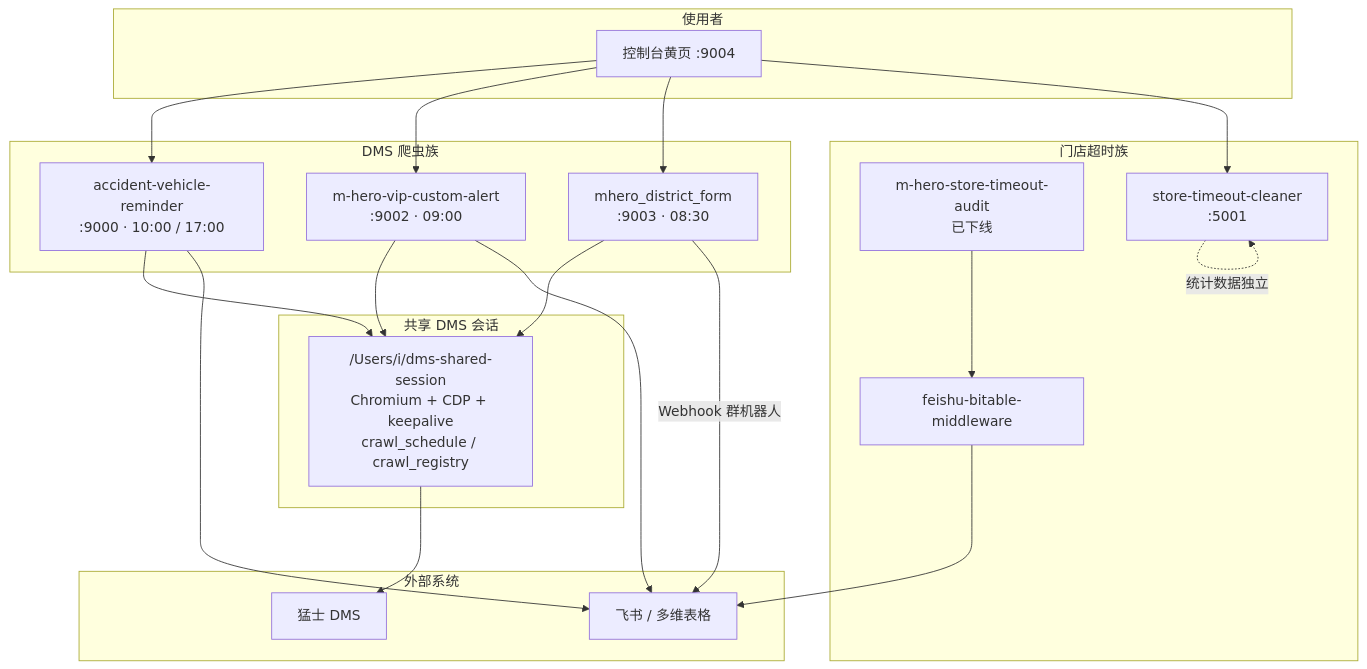
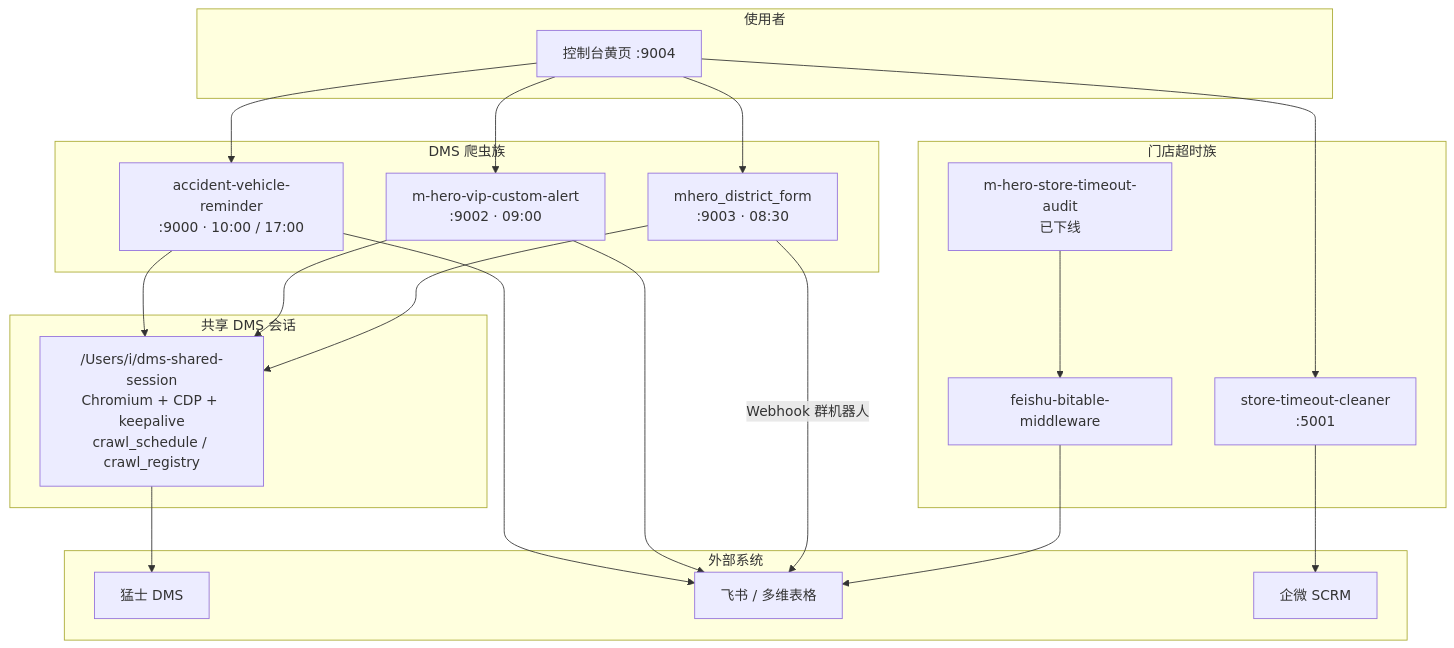
One commit to kaisonlau8/m-hero changed the diagram in README.md. Above: the diagram before and after it, drawn with Mermaid. The commit also changed other lines of this file and 3 other files, not shown here.

````diff
--- a/README.md
+++ b/README.md
@@ -44,35 +44,36 @@
 ```mermaid
 flowchart TB
   subgraph users [使用者]
     OA[控制台黄页 :9004]
   end
 
   subgraph dms_shared [共享 DMS 会话]
     SES["/Users/i/dms-shared-session\nChromium + CDP + keepalive\ncrawl_schedule / crawl_registry"]
   end
 
   subgraph crawlers [DMS 爬虫族]
     ACC[accident-vehicle-reminder\n:9000 · 10:00 / 17:00]
     VIP[m-hero-vip-custom-alert\n:9002 · 09:00]
     DIST[mhero_district_form\n:9003 · 08:30]
   end
 
   subgraph timeout [门店超时族]
     AUDIT[m-hero-store-timeout-audit\n已下线]
     CLEAN[store-timeout-cleaner\n:5001]
     MID[feishu-bitable-middleware]
   end
 
   subgraph external [外部系统]
     DMS[猛士 DMS]
     FS[飞书 / 多维表格]
+    SCRM[企微 SCRM]
   end
 
   OA --> ACC & VIP & DIST & CLEAN
   ACC & VIP & DIST --> SES
   SES --> DMS
   ACC & VIP --> FS
   DIST -->|Webhook 群机器人| FS
   AUDIT --> MID --> FS
-  CLEAN -.->|统计数据独立| CLEAN
+  CLEAN --> SCRM
 ```
````
